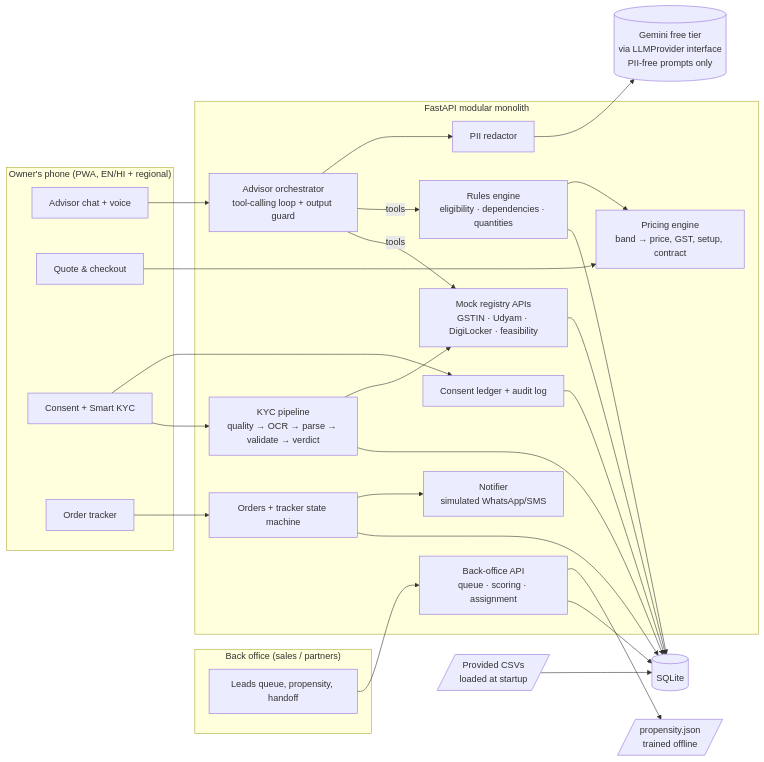
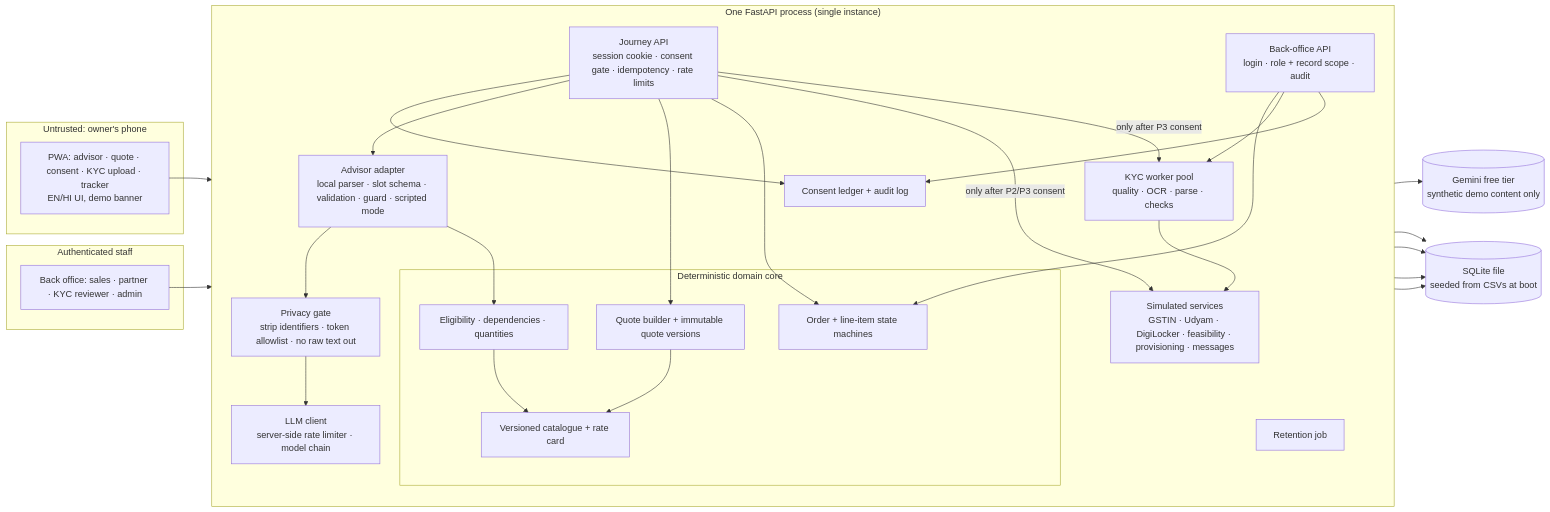
The first of 3 diagrams in docs/ARCHITECTURE.md (AnshumSingla/Airtel), drawn with Mermaid before and after one commit. The commit also changed other lines of this file and 8 other files, not shown here.

````diff
--- a/docs/ARCHITECTURE.md
+++ b/docs/ARCHITECTURE.md
@@ -29,42 +27,44 @@
 ```mermaid
 flowchart LR
-  subgraph Owner["Owner's phone (PWA, EN/HI + regional)"]
-    UI_A[Advisor chat + voice]
-    UI_Q[Quote & checkout]
-    UI_K[Consent + Smart KYC]
-    UI_T[Order tracker]
+  subgraph Untrusted["Untrusted: owner's phone"]
+    PWA[PWA: advisor · quote · consent · KYC upload · tracker<br/>EN/HI UI, demo banner]
   end
-  subgraph Staff["Back office (sales / partners)"]
-    UI_B[Leads queue, propensity, handoff]
+  subgraph Staff["Authenticated staff"]
+    BOUI[Back office: sales · partner · KYC reviewer · admin]
   end
 
-  subgraph API["FastAPI modular monolith"]
-    ADV[Advisor orchestrator<br/>tool-calling loop + output guard]
-    PII[PII redactor]
-    RULES[Rules engine<br/>eligibility · dependencies · quantities]
-    PRICE[Pricing engine<br/>band → price, GST, setup, contract]
-    REG[Mock registry APIs<br/>GSTIN · Udyam · DigiLocker · feasibility]
-    KYC[KYC pipeline<br/>quality → OCR → parse → validate → verdict]
+  subgraph App["One FastAPI process (single instance)"]
+    direction TB
+    JAPI[Journey API<br/>session cookie · consent gate · idempotency · rate limits]
+    BAPI[Back-office API<br/>login · role + record scope · audit]
+    subgraph Core["Deterministic domain core"]
+      CAT[Versioned catalogue + rate card]
+      RULES[Eligibility · dependencies · quantities]
+      PRICE[Quote builder + immutable quote versions]
+      ORD[Order + line-item state machines]
+    end
     CONS[Consent ledger + audit log]
-    ORD[Orders + tracker state machine]
-    NOTIF[Notifier<br/>simulated WhatsApp/SMS]
-    BO[Back-office API<br/>queue · scoring · assignment]
+    ADV[Advisor adapter<br/>local parser · slot schema · validation · guard · scripted mode]
+    GATE[Privacy gate<br/>strip identifiers · token allowlist · no raw text out]
+    LIM[LLM client<br/>server-side rate limiter · model chain]
+    KYC[KYC worker pool<br/>quality · OCR · parse · checks]
+    REG[Simulated services<br/>GSTIN · Udyam · DigiLocker · feasibility · provisioning · messages]
+    RET[Retention job]
   end
 
-  LLM[(Gemini free tier<br/>via LLMProvider interface<br/>PII-free prompts only)]
-  DB[(SQLite)]
-  CSV[/Provided CSVs<br/>loaded at startup/]
-  MODEL[/propensity.json<br/>trained offline/]
+  DB[(SQLite file<br/>seeded from CSVs at boot)]
+  GEM[(Gemini free tier<br/>synthetic demo content only)]
 
-  UI_A --> ADV
-  ADV --> PII --> LLM
-  ADV -- tools --> RULES & REG
-  RULES --> PRICE
-  UI_Q --> PRICE
-  UI_K --> CONS
-  UI_K --> KYC --> REG
-  UI_T --> ORD --> NOTIF
-  UI_B --> BO --> MODEL
-  RULES & REG & KYC & ORD & BO & CONS --> DB
-  CSV --> DB
+  PWA --> JAPI
+  BOUI --> BAPI
+  JAPI --> CONS
+  JAPI --> ADV --> GATE --> LIM --> GEM
+  ADV --> RULES
+  JAPI --> PRICE & ORD
+  JAPI -- only after P2/P3 consent --> REG
+  JAPI -- only after P3 consent --> KYC --> REG
+  RULES --> CAT
+  PRICE --> CAT
+  BAPI --> ORD & KYC & CONS
+  Core & CONS & KYC & RET --> DB
 ```
````
